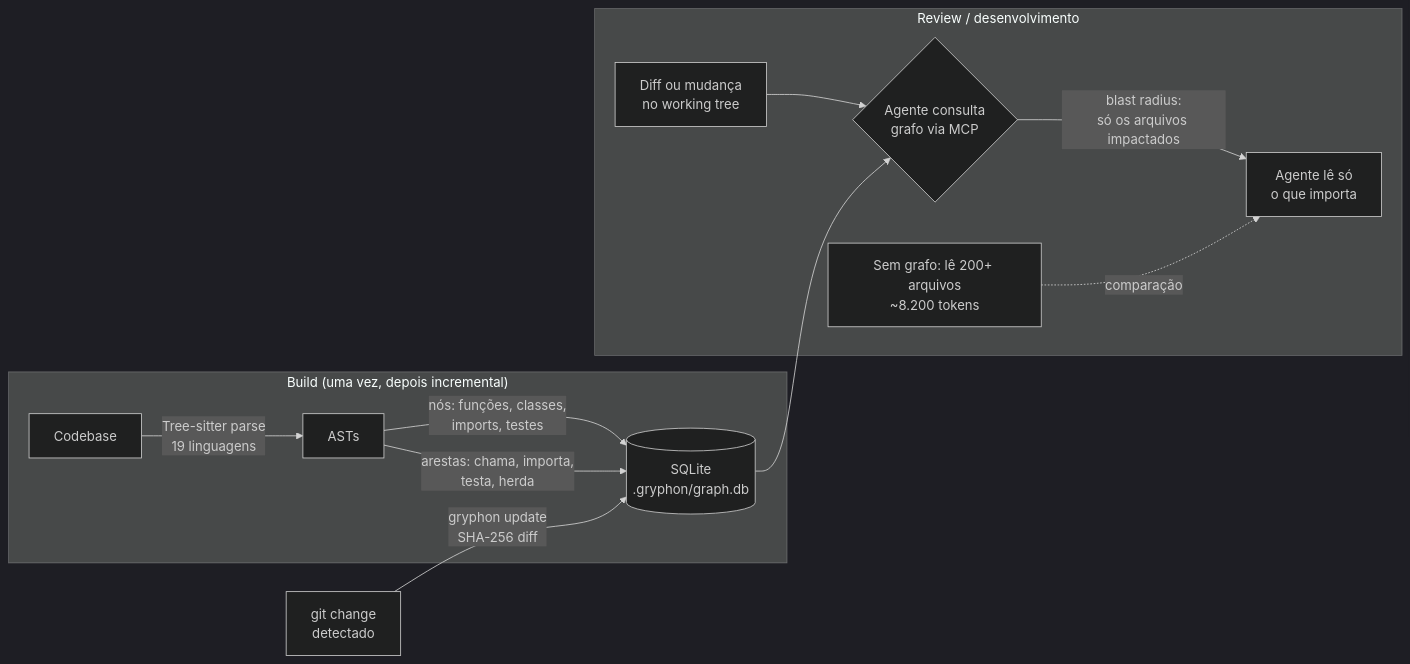
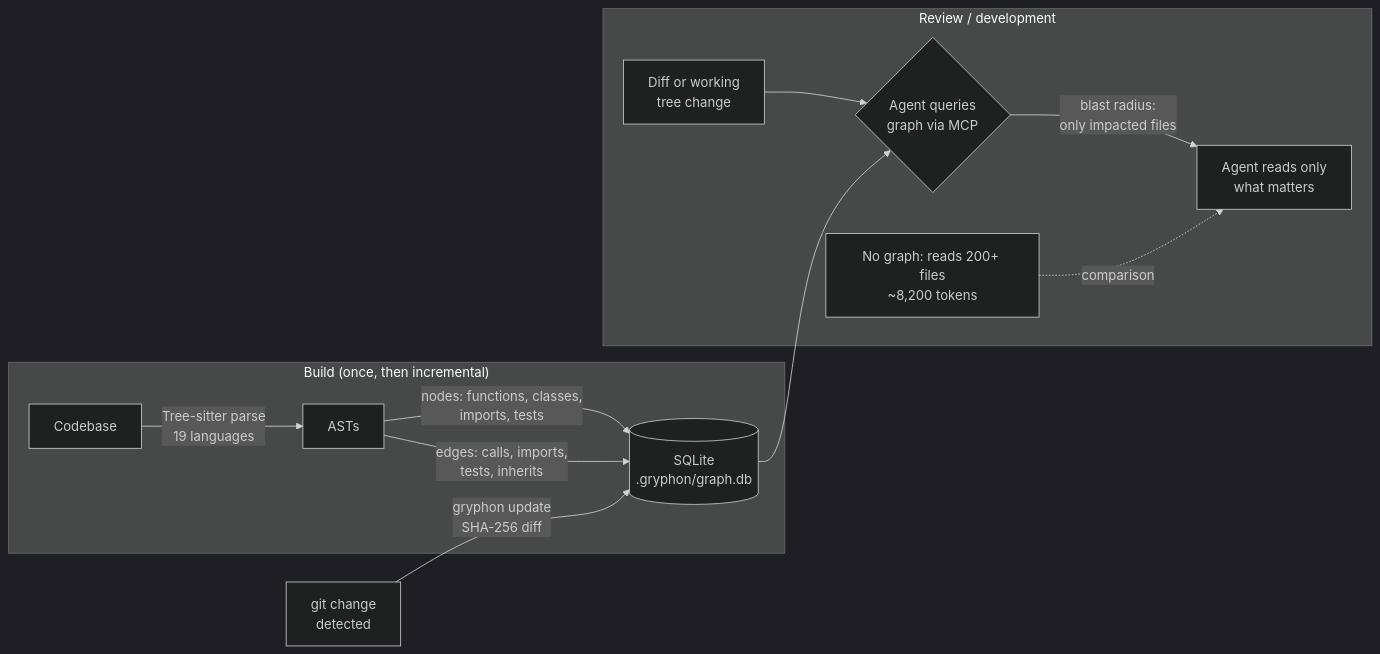
One commit to jjgouveia/gryphon-standalone changed the diagram in README.md. Above: the diagram before and after it, drawn with Mermaid (dark theme). The commit also changed other lines of this file and 2 other files, not shown here.

Commit message:
fix: set version to 0.0.1 and translate README to English
Resets package version to 0.0.1 as the first release under the fork.
Translates the Mermaid diagram and pipeline description from pt-BR to
English so the README uses a single language throughout.

````diff
--- a/README.md
+++ b/README.md
@@ -53,17 +53,17 @@
 ```mermaid
 flowchart LR
-    subgraph build["Build (uma vez, depois incremental)"]
-        A[Codebase] -->|"Tree-sitter parse<br/>19 linguagens"| B[ASTs]
-        B -->|"nós: funções, classes,<br/>imports, testes"| C[(SQLite<br/>.gryphon/graph.db)]
-        B -->|"arestas: chama, importa,<br/>testa, herda"| C
+    subgraph build["Build (once, then incremental)"]
+        A[Codebase] -->|"Tree-sitter parse<br/>19 languages"| B[ASTs]
+        B -->|"nodes: functions, classes,<br/>imports, tests"| C[(SQLite<br/>.gryphon/graph.db)]
+        B -->|"edges: calls, imports,<br/>tests, inherits"| C
     end
 
-    subgraph review["Review / desenvolvimento"]
-        D[Diff ou mudança<br/>no working tree] --> E{Agente consulta<br/>grafo via MCP}
+    subgraph review["Review / development"]
+        D[Diff or working<br/>tree change] --> E{Agent queries<br/>graph via MCP}
         C --> E
-        E -->|"blast radius:<br/>só os arquivos impactados"| F[Agente lê só<br/>o que importa]
-        G["Sem grafo: lê 200+ arquivos<br/>~8.200 tokens"] -.->|"comparação"| F
+        E -->|"blast radius:<br/>only impacted files"| F[Agent reads only<br/>what matters]
+        G["No graph: reads 200+ files<br/>~8,200 tokens"] -.->|"comparison"| F
     end
 
-    H[git change<br/>detectado] -->|"gryphon update<br/>SHA-256 diff"| C
+    H[git change<br/>detected] -->|"gryphon update<br/>SHA-256 diff"| C
 ```
````
